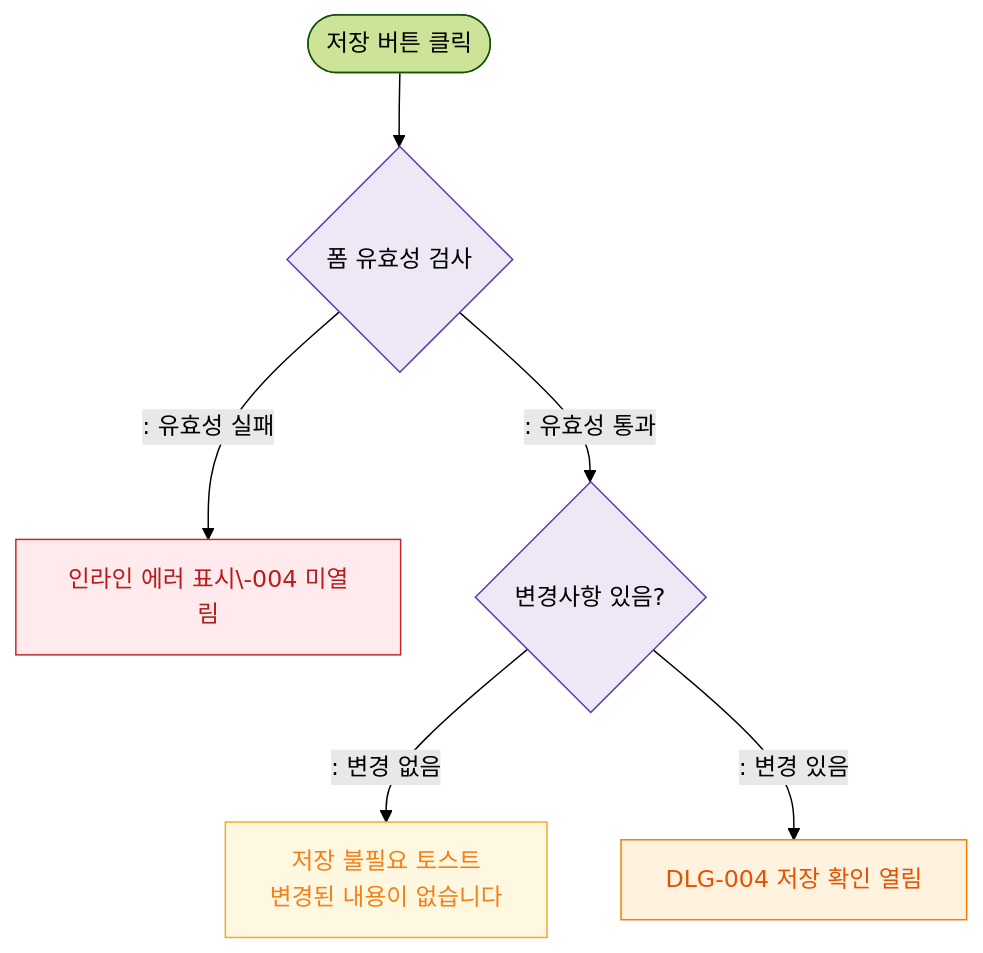
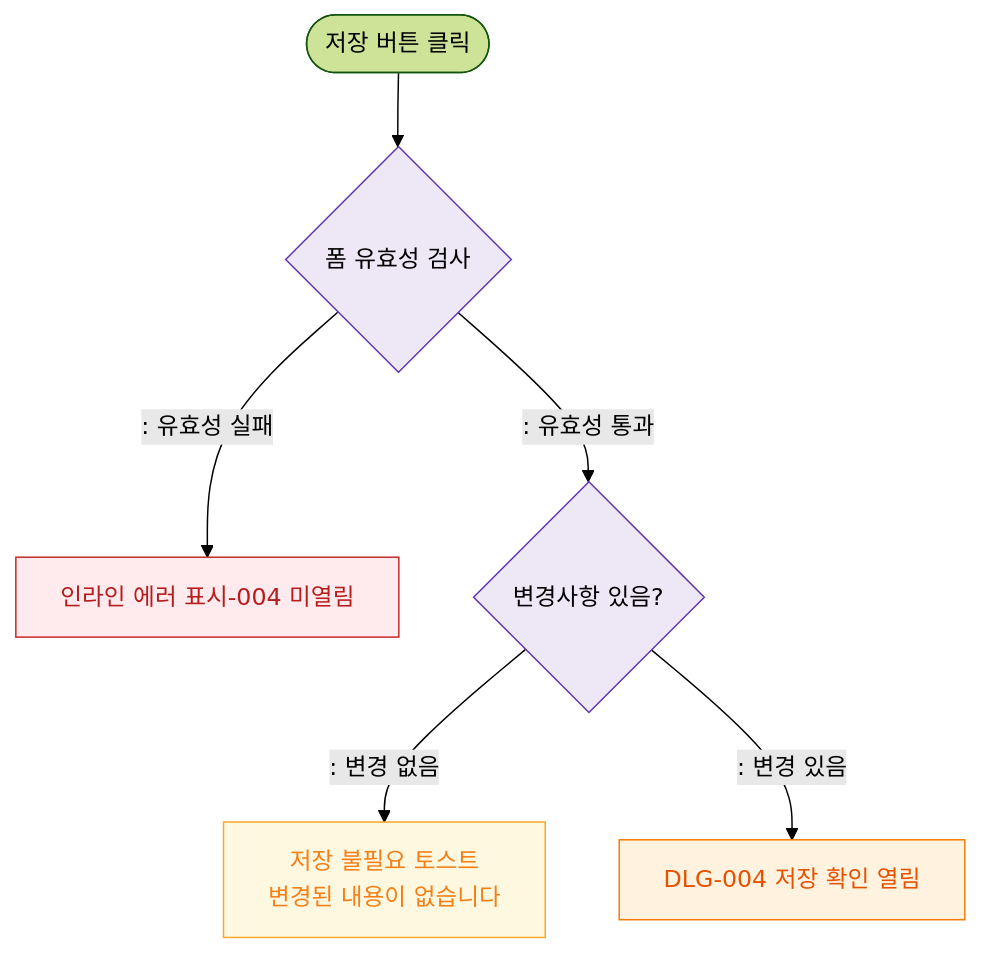
Before and after one commit to dev-spogym/admin-pando: the diagram in docs/admin/다이어그램/D01_공통/DLG/DLG-004_저장확인/M2_필드검증.md, drawn with Mermaid (forest theme). The commit also changed 369 other files, not shown here.

````diff
--- a/docs/admin/다이어그램/D01_공통/DLG/DLG-004_저장확인/M2_필드검증.md
+++ b/docs/admin/다이어그램/D01_공통/DLG/DLG-004_저장확인/M2_필드검증.md
@@ -17,19 +17,19 @@
 ```mermaid
 flowchart TD
     SAVE_BTN([저장 버튼 클릭]) --> VALIDATE{폼 유효성 검사}
 
-    VALIDATE -->|": 유효성 실패"|INLINE_ERR[인라인 에러 표시\-004 미열림]
+    VALIDATE -->|": 유효성 실패"|INLINE_ERR[인라인 에러 표시-004 미열림]
     VALIDATE -->|": 유효성 통과"|CHANGE_CHECK{변경사항 있음?}
 
     CHANGE_CHECK -->|": 변경 없음"|NO_CHANGE[저장 불필요 토스트\n변경된 내용이 없습니다]
     CHANGE_CHECK -->|": 변경 있음"|OPEN_DLG[DLG-004 저장 확인 열림]
 
     classDef modal fill:#FFF3E0,stroke:#F57C00,color:#E65100
     classDef system fill:#EDE7F6,stroke:#5E35B2
     classDef error fill:#FFEBEE,stroke:#C62828,color:#B71C1C
     classDef warning fill:#FFF8E1,stroke:#F9A825,color:#F57F17
     class OPEN_DLG modal
     class VALIDATE,CHANGE_CHECK system
     class INLINE_ERR error
     class NO_CHANGE warning
 ```
````
